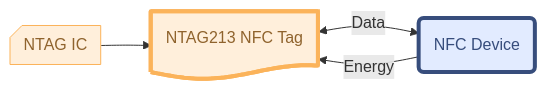
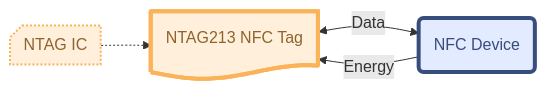
One commit to fscek/moj-zet-app-guide changed the diagram in docs/index.md. Above: the diagram before and after it, drawn with Mermaid. The commit also changed 1 other file, not shown here.

Commit message:
[CHORE] - Change diagram layout

````diff
--- a/docs/index.md
+++ b/docs/index.md
@@ -215,19 +215,20 @@
 ```mermaid
 graph LR;
     accTitle: Communication between NTAG213 NFC Tag and Device
     accDescr: Depicts the energy and data exchange between an NTAG213 NFC Tag and an NFC-enabled device
-    NTAGIC["NTAG IC"] --> NTAG213["NTAG213 NFC Tag"]
+    NTAGIC["NTAG IC"] -.-> NTAG213["NTAG213 NFC Tag"]
     NFCDevice["NFC Device"] -- Energy --> NTAG213
     NTAG213 <-- Data --> NFCDevice
 
     NTAGIC@{ shape: card}
     NTAG213@{ shape: document}
     NFCDevice@{ shape: rounded}
      NTAGIC:::Peach
      NTAG213:::Peach
      NFCDevice:::Sky
     classDef Sky stroke-width:1px, stroke-dasharray:none, stroke:#374D7C, fill:#E2EBFF, color:#374D7C
     classDef Peach stroke-width:1px, stroke-dasharray:none, stroke:#FBB35A, fill:#FFEFDB, color:#8F632D
+    style NTAGIC stroke-width:2px,stroke-dasharray: 2
     style NTAG213 stroke-width:4px,stroke-dasharray: 0
     style NFCDevice stroke-width:4px,stroke-dasharray: 0
 ```
````
